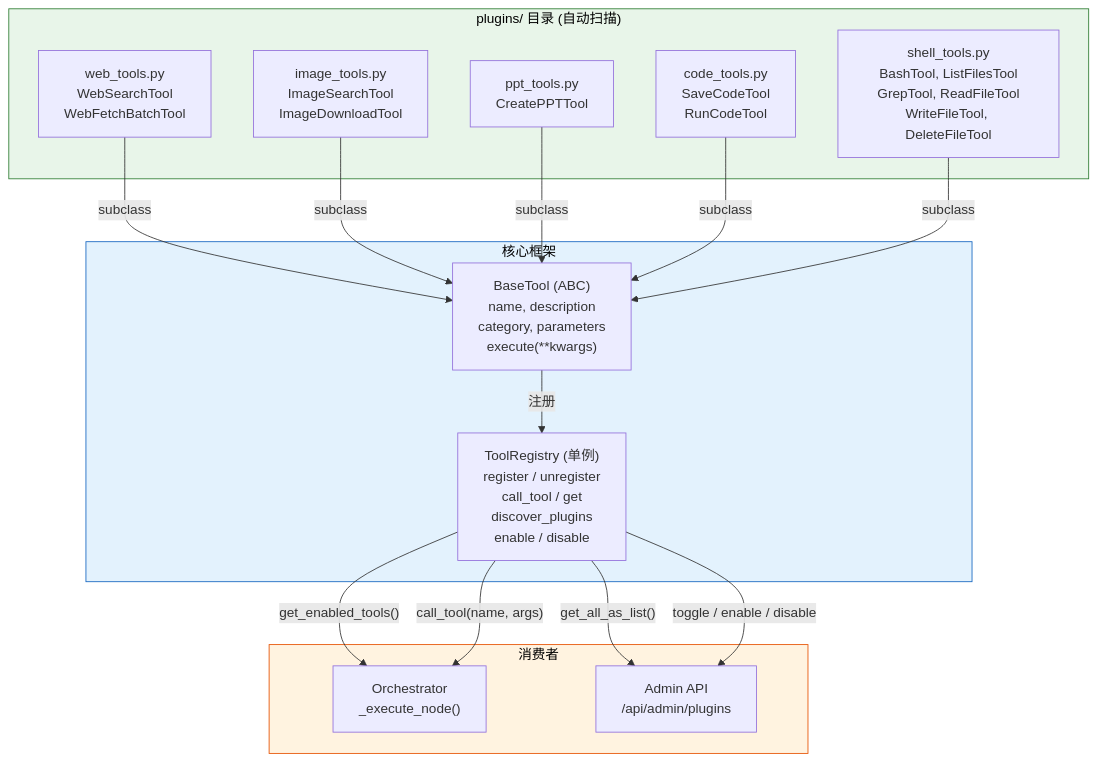
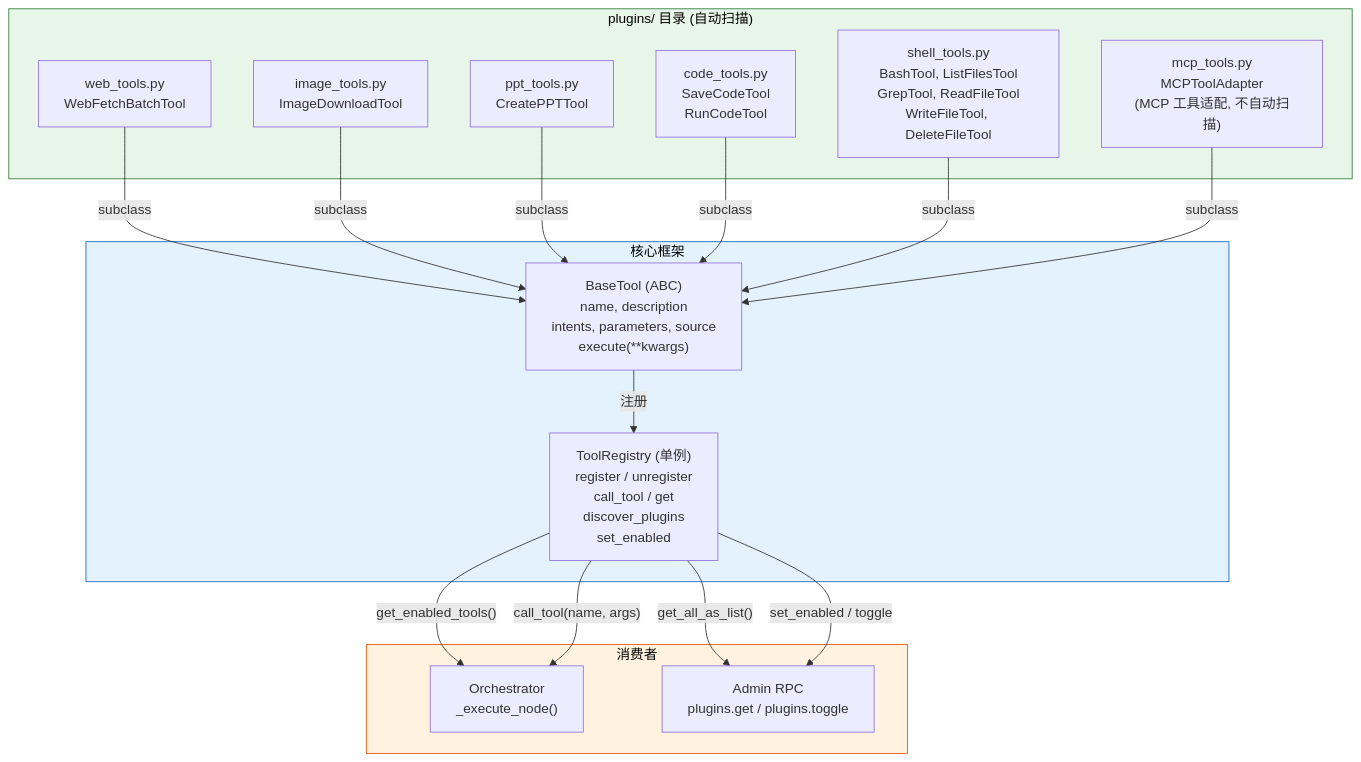
One commit to jimmylang74/Helix changed the ninth of 16 diagrams in doc/design.md. Above: the diagram before and after it, drawn with Mermaid. The commit also changed other lines of this file, not shown here.

````diff
--- a/doc/design.md
+++ b/doc/design.md
@@ -582,36 +600,38 @@
 ```mermaid
 graph TB
     subgraph PluginDir["plugins/ 目录 (自动扫描)"]
-        WT["web_tools.py<br/>WebSearchTool<br/>WebFetchBatchTool"]
-        IT["image_tools.py<br/>ImageSearchTool<br/>ImageDownloadTool"]
+        WT["web_tools.py<br/>WebFetchBatchTool"]
+        IT["image_tools.py<br/>ImageDownloadTool"]
         PT["ppt_tools.py<br/>CreatePPTTool"]
         CT["code_tools.py<br/>SaveCodeTool<br/>RunCodeTool"]
         ST["shell_tools.py<br/>BashTool, ListFilesTool<br/>GrepTool, ReadFileTool<br/>WriteFileTool, DeleteFileTool"]
+        MT["mcp_tools.py<br/>MCPToolAdapter<br/>(MCP 工具适配, 不自动扫描)"]
     end
 
     subgraph Core["核心框架"]
-        BT["BaseTool (ABC)<br/>name, description<br/>category, parameters<br/>execute(**kwargs)"]
-        TR["ToolRegistry (单例)<br/>register / unregister<br/>call_tool / get<br/>discover_plugins<br/>enable / disable"]
+        BT["BaseTool (ABC)<br/>name, description<br/>intents, parameters, source<br/>execute(**kwargs)"]
+        TR["ToolRegistry (单例)<br/>register / unregister<br/>call_tool / get<br/>discover_plugins<br/>set_enabled"]
     end
 
     subgraph Consumer["消费者"]
         ORCH["Orchestrator<br/>_execute_node()"]
-        ADMIN["Admin API<br/>/api/admin/plugins"]
+        ADMIN["Admin RPC<br/>plugins.get / plugins.toggle"]
     end
 
     WT -->|subclass| BT
     IT -->|subclass| BT
     PT -->|subclass| BT
     CT -->|subclass| BT
     ST -->|subclass| BT
+    MT -->|subclass| BT
 
     BT -->|注册| TR
     TR -->|"get_enabled_tools()"| ORCH
     TR -->|"get_all_as_list()"| ADMIN
     TR -->|"call_tool(name, args)"| ORCH
-    TR -->|toggle / enable / disable| ADMIN
+    TR -->|set_enabled / toggle| ADMIN
 
     style PluginDir fill:#e8f5e9,stroke:#2e7d32,color:#000
     style Core fill:#e3f2fd,stroke:#1565c0,color:#000
     style Consumer fill:#fff3e0,stroke:#e65100,color:#000
 ```
````
